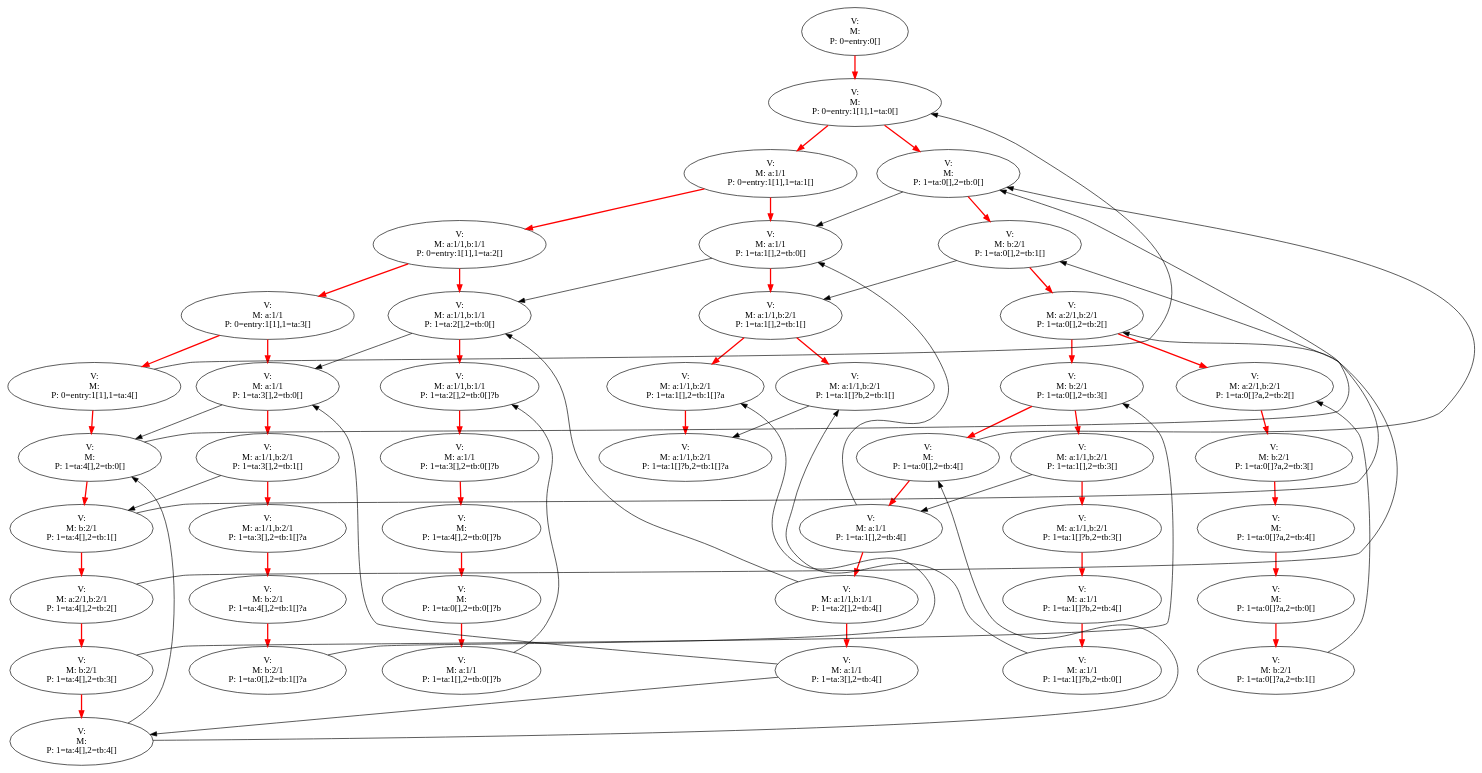
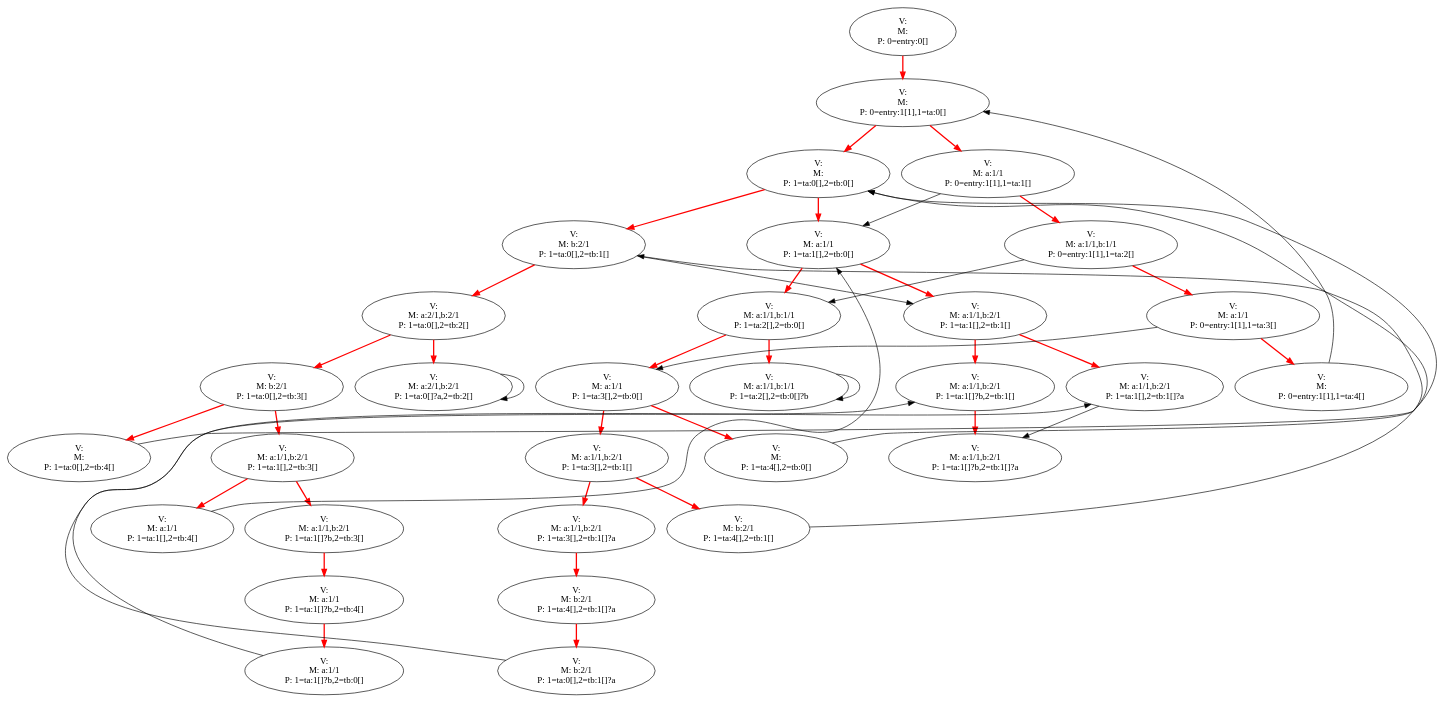
Before and after one commit to jkff/minxmod: the diagram in deadlock.dot, drawn with Graphviz. The commit also changed 8 other files, not shown here.

```diff
--- a/deadlock.dot
+++ b/deadlock.dot
@@ -1,113 +1,77 @@
 digraph g {
-1 [label = "V: \nM: \nP: 0=entry:0[]"]
-2 [label = "V: \nM: \nP: 0=entry:1[1],1=ta:0[]"]
-3 [label = "V: \nM: a:1/1\nP: 0=entry:1[1],1=ta:1[]"]
-4 [label = "V: \nM: \nP: 1=ta:0[],2=tb:0[]"]
-5 [label = "V: \nM: a:1/1,b:1/1\nP: 0=entry:1[1],1=ta:2[]"]
-6 [label = "V: \nM: a:1/1\nP: 1=ta:1[],2=tb:0[]"]
-7 [label = "V: \nM: b:2/1\nP: 1=ta:0[],2=tb:1[]"]
-8 [label = "V: \nM: a:1/1\nP: 0=entry:1[1],1=ta:3[]"]
-9 [label = "V: \nM: a:1/1,b:1/1\nP: 1=ta:2[],2=tb:0[]"]
-10 [label = "V: \nM: a:1/1,b:2/1\nP: 1=ta:1[],2=tb:1[]"]
-11 [label = "V: \nM: a:2/1,b:2/1\nP: 1=ta:0[],2=tb:2[]"]
-12 [label = "V: \nM: \nP: 0=entry:1[1],1=ta:4[]"]
-13 [label = "V: \nM: a:1/1\nP: 1=ta:3[],2=tb:0[]"]
-14 [label = "V: \nM: a:1/1,b:1/1\nP: 1=ta:2[],2=tb:0[]?b"]
-15 [label = "V: \nM: a:1/1,b:2/1\nP: 1=ta:1[],2=tb:1[]?a"]
-16 [label = "V: \nM: a:1/1,b:2/1\nP: 1=ta:1[]?b,2=tb:1[]"]
-17 [label = "V: \nM: b:2/1\nP: 1=ta:0[],2=tb:3[]"]
-18 [label = "V: \nM: a:2/1,b:2/1\nP: 1=ta:0[]?a,2=tb:2[]"]
+0 [label = "V: \nM: \nP: 0=entry:0[]"]
+1 [label = "V: \nM: \nP: 0=entry:1[1],1=ta:0[]"]
+2 [label = "V: \nM: a:1/1\nP: 0=entry:1[1],1=ta:1[]"]
+3 [label = "V: \nM: \nP: 1=ta:0[],2=tb:0[]"]
+4 [label = "V: \nM: b:2/1\nP: 1=ta:0[],2=tb:1[]"]
+5 [label = "V: \nM: a:1/1\nP: 1=ta:1[],2=tb:0[]"]
+6 [label = "V: \nM: a:1/1,b:1/1\nP: 0=entry:1[1],1=ta:2[]"]
+7 [label = "V: \nM: a:1/1,b:2/1\nP: 1=ta:1[],2=tb:1[]"]
+8 [label = "V: \nM: a:1/1,b:1/1\nP: 1=ta:2[],2=tb:0[]"]
+9 [label = "V: \nM: a:2/1,b:2/1\nP: 1=ta:0[],2=tb:2[]"]
+10 [label = "V: \nM: a:1/1\nP: 0=entry:1[1],1=ta:3[]"]
+11 [label = "V: \nM: a:1/1,b:1/1\nP: 1=ta:2[],2=tb:0[]?b"]
+12 [label = "V: \nM: a:1/1\nP: 1=ta:3[],2=tb:0[]"]
+13 [label = "V: \nM: a:1/1,b:2/1\nP: 1=ta:1[],2=tb:1[]?a"]
+14 [label = "V: \nM: a:1/1,b:2/1\nP: 1=ta:1[]?b,2=tb:1[]"]
+15 [label = "V: \nM: b:2/1\nP: 1=ta:0[],2=tb:3[]"]
+16 [label = "V: \nM: a:2/1,b:2/1\nP: 1=ta:0[]?a,2=tb:2[]"]
+17 [label = "V: \nM: \nP: 0=entry:1[1],1=ta:4[]"]
+18 [label = "V: \nM: a:1/1,b:2/1\nP: 1=ta:3[],2=tb:1[]"]
 19 [label = "V: \nM: \nP: 1=ta:4[],2=tb:0[]"]
-20 [label = "V: \nM: a:1/1,b:2/1\nP: 1=ta:3[],2=tb:1[]"]
-21 [label = "V: \nM: a:1/1\nP: 1=ta:3[],2=tb:0[]?b"]
-22 [label = "V: \nM: a:1/1,b:2/1\nP: 1=ta:1[]?b,2=tb:1[]?a"]
-23 [label = "V: \nM: \nP: 1=ta:0[],2=tb:4[]"]
-24 [label = "V: \nM: a:1/1,b:2/1\nP: 1=ta:1[],2=tb:3[]"]
-25 [label = "V: \nM: b:2/1\nP: 1=ta:0[]?a,2=tb:3[]"]
-26 [label = "V: \nM: b:2/1\nP: 1=ta:4[],2=tb:1[]"]
-27 [label = "V: \nM: a:1/1,b:2/1\nP: 1=ta:3[],2=tb:1[]?a"]
-28 [label = "V: \nM: \nP: 1=ta:4[],2=tb:0[]?b"]
-29 [label = "V: \nM: a:1/1\nP: 1=ta:1[],2=tb:4[]"]
-30 [label = "V: \nM: a:1/1,b:2/1\nP: 1=ta:1[]?b,2=tb:3[]"]
-31 [label = "V: \nM: \nP: 1=ta:0[]?a,2=tb:4[]"]
-32 [label = "V: \nM: a:2/1,b:2/1\nP: 1=ta:4[],2=tb:2[]"]
-33 [label = "V: \nM: b:2/1\nP: 1=ta:4[],2=tb:1[]?a"]
-34 [label = "V: \nM: \nP: 1=ta:0[],2=tb:0[]?b"]
-35 [label = "V: \nM: a:1/1,b:1/1\nP: 1=ta:2[],2=tb:4[]"]
-36 [label = "V: \nM: a:1/1\nP: 1=ta:1[]?b,2=tb:4[]"]
-37 [label = "V: \nM: \nP: 1=ta:0[]?a,2=tb:0[]"]
-38 [label = "V: \nM: b:2/1\nP: 1=ta:4[],2=tb:3[]"]
-39 [label = "V: \nM: b:2/1\nP: 1=ta:0[],2=tb:1[]?a"]
-40 [label = "V: \nM: a:1/1\nP: 1=ta:1[],2=tb:0[]?b"]
-41 [label = "V: \nM: a:1/1\nP: 1=ta:3[],2=tb:4[]"]
-42 [label = "V: \nM: a:1/1\nP: 1=ta:1[]?b,2=tb:0[]"]
-43 [label = "V: \nM: b:2/1\nP: 1=ta:0[]?a,2=tb:1[]"]
-44 [label = "V: \nM: \nP: 1=ta:4[],2=tb:4[]"]
+20 [label = "V: \nM: a:1/1,b:2/1\nP: 1=ta:1[]?b,2=tb:1[]?a"]
+21 [label = "V: \nM: \nP: 1=ta:0[],2=tb:4[]"]
+22 [label = "V: \nM: a:1/1,b:2/1\nP: 1=ta:1[],2=tb:3[]"]
+23 [label = "V: \nM: a:1/1,b:2/1\nP: 1=ta:3[],2=tb:1[]?a"]
+24 [label = "V: \nM: b:2/1\nP: 1=ta:4[],2=tb:1[]"]
+25 [label = "V: \nM: a:1/1\nP: 1=ta:1[],2=tb:4[]"]
+26 [label = "V: \nM: a:1/1,b:2/1\nP: 1=ta:1[]?b,2=tb:3[]"]
+27 [label = "V: \nM: b:2/1\nP: 1=ta:4[],2=tb:1[]?a"]
+28 [label = "V: \nM: a:1/1\nP: 1=ta:1[]?b,2=tb:4[]"]
+29 [label = "V: \nM: b:2/1\nP: 1=ta:0[],2=tb:1[]?a"]
+30 [label = "V: \nM: a:1/1\nP: 1=ta:1[]?b,2=tb:0[]"]
+0 -> 1 [style=bold, color=red, weight=10]
+1 -> 3 [style=bold, color=red, weight=10]
 1 -> 2 [style=bold, color=red, weight=10]
-2 -> 4 [style=bold, color=red, weight=10]
-2 -> 3 [style=bold, color=red, weight=10]
-3 -> 6 [style=bold, color=red, weight=10]
+2 -> 5 [constraint=false]
+2 -> 6 [style=bold, color=red, weight=10]
 3 -> 5 [style=bold, color=red, weight=10]
-4 -> 6 [constraint=false]
-4 -> 7 [style=bold, color=red, weight=10]
-5 -> 9 [style=bold, color=red, weight=10]
+3 -> 4 [style=bold, color=red, weight=10]
+4 -> 7 [constraint=false]
+4 -> 9 [style=bold, color=red, weight=10]
 5 -> 8 [style=bold, color=red, weight=10]
-6 -> 9 [constraint=false]
+5 -> 7 [style=bold, color=red, weight=10]
+6 -> 8 [constraint=false]
 6 -> 10 [style=bold, color=red, weight=10]
-7 -> 10 [constraint=false]
-7 -> 11 [style=bold, color=red, weight=10]
-8 -> 13 [style=bold, color=red, weight=10]
+7 -> 14 [style=bold, color=red, weight=10]
+7 -> 13 [style=bold, color=red, weight=10]
 8 -> 12 [style=bold, color=red, weight=10]
-9 -> 13 [constraint=false]
-9 -> 14 [style=bold, color=red, weight=10]
-10 -> 16 [style=bold, color=red, weight=10]
-10 -> 15 [style=bold, color=red, weight=10]
-11 -> 18 [style=bold, color=red, weight=10]
-11 -> 17 [style=bold, color=red, weight=10]
+8 -> 11 [style=bold, color=red, weight=10]
+9 -> 16 [style=bold, color=red, weight=10]
+9 -> 15 [style=bold, color=red, weight=10]
+10 -> 12 [constraint=false]
+10 -> 17 [style=bold, color=red, weight=10]
+11 -> 11 [constraint=false]
 12 -> 19 [style=bold, color=red, weight=10]
-12 -> 2 [constraint=false]
-13 -> 19 [constraint=false]
-13 -> 20 [style=bold, color=red, weight=10]
-14 -> 21 [style=bold, color=red, weight=10]
+12 -> 18 [style=bold, color=red, weight=10]
+13 -> 20 [constraint=false]
+14 -> 20 [style=bold, color=red, weight=10]
 15 -> 22 [style=bold, color=red, weight=10]
-16 -> 22 [constraint=false]
-17 -> 24 [style=bold, color=red, weight=10]
-17 -> 23 [style=bold, color=red, weight=10]
-18 -> 25 [style=bold, color=red, weight=10]
-19 -> 4 [constraint=false]
-19 -> 26 [style=bold, color=red, weight=10]
-20 -> 26 [constraint=false]
-20 -> 27 [style=bold, color=red, weight=10]
-21 -> 28 [style=bold, color=red, weight=10]
-23 -> 29 [style=bold, color=red, weight=10]
-23 -> 4 [constraint=false]
-24 -> 30 [style=bold, color=red, weight=10]
-24 -> 29 [constraint=false]
-25 -> 31 [style=bold, color=red, weight=10]
-26 -> 7 [constraint=false]
-26 -> 32 [style=bold, color=red, weight=10]
-27 -> 33 [style=bold, color=red, weight=10]
-28 -> 34 [style=bold, color=red, weight=10]
-29 -> 35 [style=bold, color=red, weight=10]
-29 -> 6 [constraint=false]
-30 -> 36 [style=bold, color=red, weight=10]
-31 -> 37 [style=bold, color=red, weight=10]
-32 -> 11 [constraint=false]
-32 -> 38 [style=bold, color=red, weight=10]
-33 -> 39 [style=bold, color=red, weight=10]
-34 -> 40 [style=bold, color=red, weight=10]
-35 -> 41 [style=bold, color=red, weight=10]
-35 -> 9 [constraint=false]
-36 -> 42 [style=bold, color=red, weight=10]
-37 -> 43 [style=bold, color=red, weight=10]
-38 -> 17 [constraint=false]
-38 -> 44 [style=bold, color=red, weight=10]
-39 -> 15 [constraint=false]
-40 -> 14 [constraint=false]
-41 -> 44 [constraint=false]
-41 -> 13 [constraint=false]
-42 -> 16 [constraint=false]
-43 -> 18 [constraint=false]
-44 -> 23 [constraint=false]
-44 -> 19 [constraint=false]
+15 -> 21 [style=bold, color=red, weight=10]
+16 -> 16 [constraint=false]
+17 -> 1 [constraint=false]
+18 -> 24 [style=bold, color=red, weight=10]
+18 -> 23 [style=bold, color=red, weight=10]
+19 -> 3 [constraint=false]
+21 -> 3 [constraint=false]
+22 -> 26 [style=bold, color=red, weight=10]
+22 -> 25 [style=bold, color=red, weight=10]
+23 -> 27 [style=bold, color=red, weight=10]
+24 -> 4 [constraint=false]
+25 -> 5 [constraint=false]
+26 -> 28 [style=bold, color=red, weight=10]
+27 -> 29 [style=bold, color=red, weight=10]
+28 -> 30 [style=bold, color=red, weight=10]
+29 -> 13 [constraint=false]
+30 -> 14 [constraint=false]
 }
```
